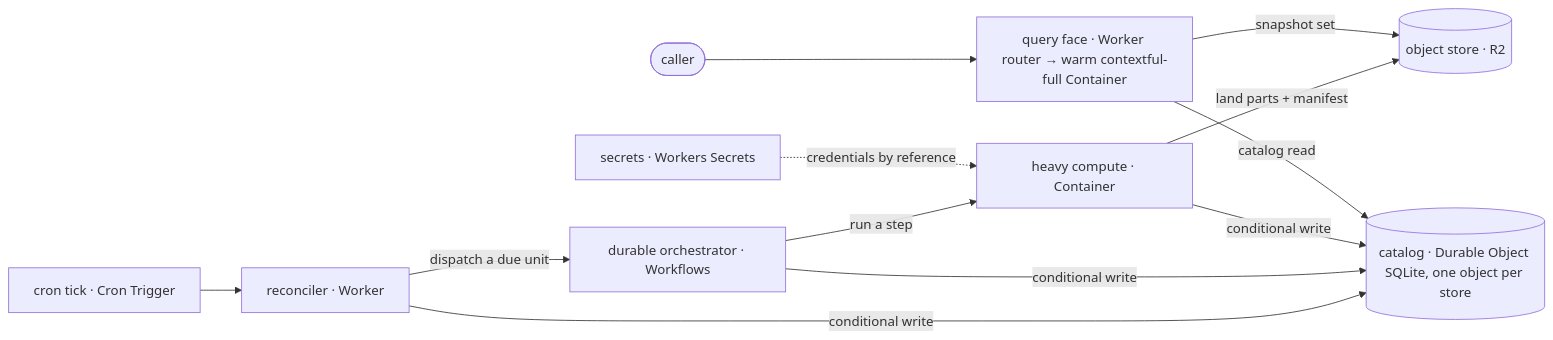
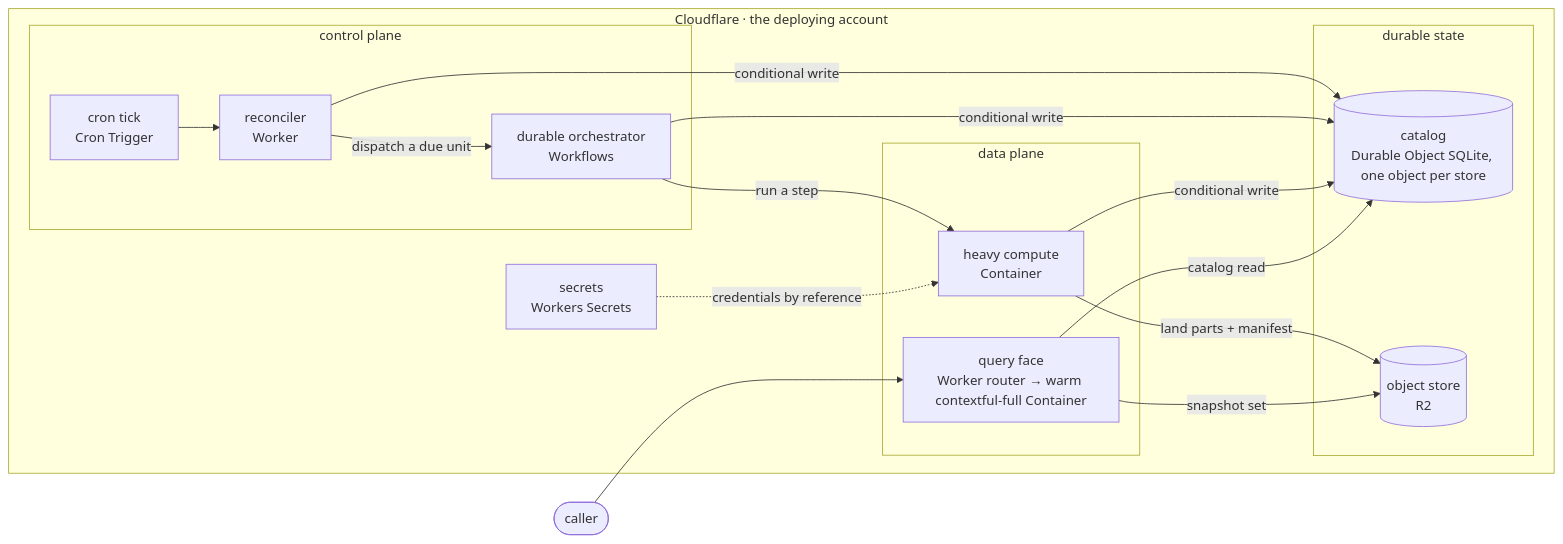
The second of 3 diagrams in spec/targets.md (fractalboxdev/contextful), drawn with Mermaid before and after one commit. The commit also changed other lines of this file and 33 other files, not shown here.

Commit message:
spec: diagrams draw contracts, parties and trust zones as containers; a node standing for one is refused

````diff
--- a/spec/targets.md
+++ b/spec/targets.md
@@ -65,18 +73,26 @@
 ```mermaid
 flowchart LR
   CALLER(["caller"])
-  TICK["cron tick · Cron Trigger"]
-  REC["reconciler · Worker"]
-  ORCH["durable orchestrator · Workflows"]
-  COMP["heavy compute · Container"]
-  QF["query face · Worker router → warm contextful-full Container"]
-  CAT[("catalog · Durable Object SQLite, one object per store")]
-  OBJ[("object store · R2")]
-  SEC["secrets · Workers Secrets"]
+  subgraph ACCOUNT["Cloudflare · the deploying account"]
+    subgraph CONTROL["control plane"]
+      TICK["cron tick<br/>Cron Trigger"]
+      REC["reconciler<br/>Worker"]
+      ORCH["durable orchestrator<br/>Workflows"]
+    end
+    subgraph DATA["data plane"]
+      COMP["heavy compute<br/>Container"]
+      QF["query face<br/>Worker router → warm contextful-full Container"]
+    end
+    subgraph STATE["durable state"]
+      CAT[("catalog<br/>Durable Object SQLite, one object per store")]
+      OBJ[("object store<br/>R2")]
+    end
+    SEC["secrets<br/>Workers Secrets"]
+  end
   TICK --> REC -- "dispatch a due unit" --> ORCH -- "run a step" --> COMP
   COMP -- "land parts + manifest" --> OBJ
   REC & ORCH & COMP -- "conditional write" --> CAT
   CALLER --> QF -- "snapshot set" --> OBJ
   QF -- "catalog read" --> CAT
   SEC -. "credentials by reference" .-> COMP
 ```
````
